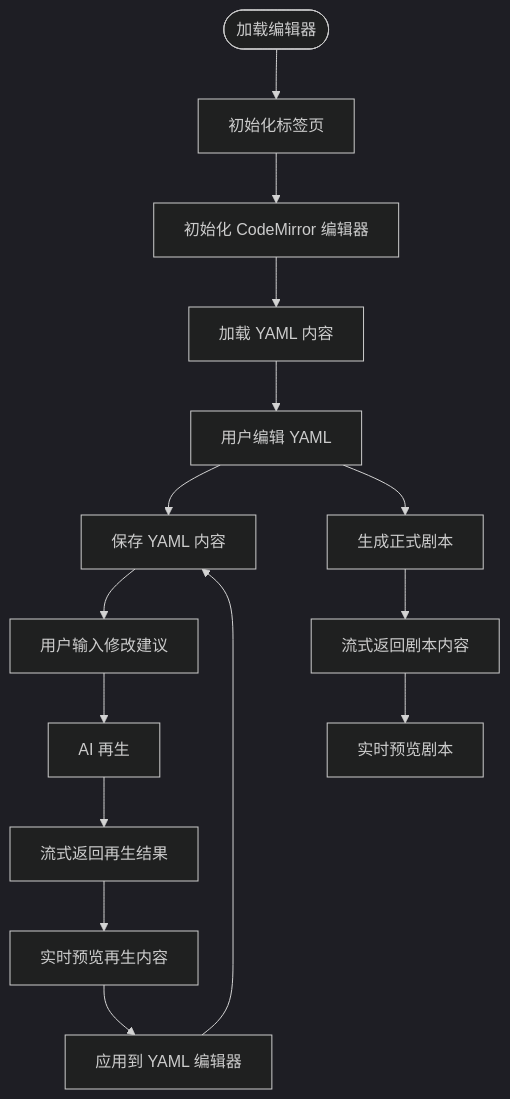
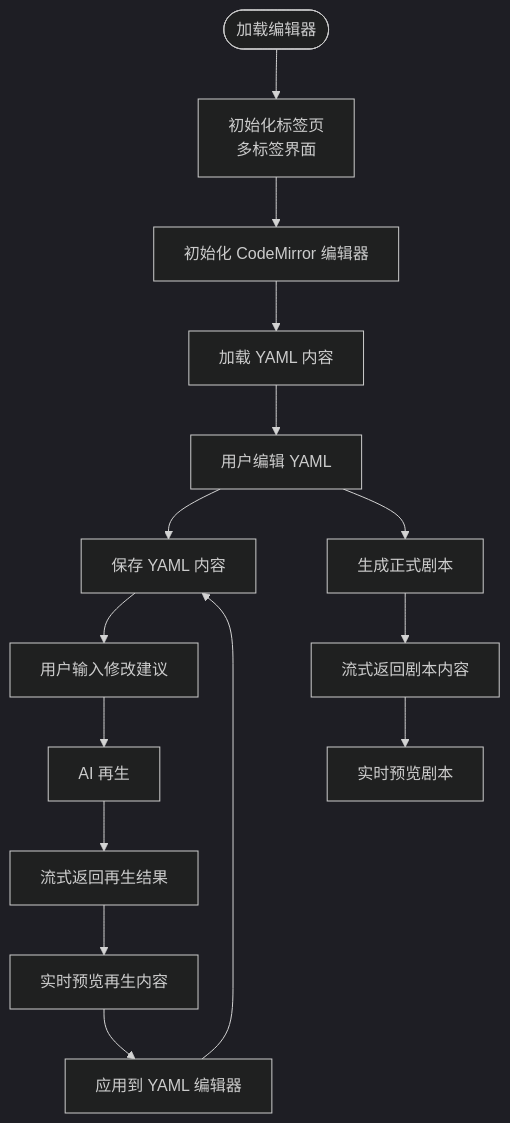
One commit to tjujingzong/Novel-to-Screenplay changed the eighth of 10 diagrams in .qoder/repowiki/zh/content/前端界面/前端界面.md. Above: the diagram before and after it, drawn with Mermaid (dark theme). The commit also changed other lines of this file and 6 other files, not shown here.

````diff
--- a/.qoder/repowiki/zh/content/前端界面/前端界面.md
+++ b/.qoder/repowiki/zh/content/前端界面/前端界面.md
@@ -437,17 +459,17 @@
 ```mermaid
 flowchart TD
-Start(["加载编辑器"]) --> InitTabs["初始化标签页"]
+Start(["加载编辑器"]) --> InitTabs["初始化标签页<br/>多标签界面"]
 InitTabs --> InitCodeMirror["初始化 CodeMirror 编辑器"]
 InitCodeMirror --> LoadYAML["加载 YAML 内容"]
 LoadYAML --> UserEdit["用户编辑 YAML"]
 UserEdit --> SaveYAML["保存 YAML 内容"]
 SaveYAML --> UserSuggestions["用户输入修改建议"]
 UserSuggestions --> Regenerate["AI 再生"]
 Regenerate --> StreamRegen["流式返回再生结果"]
 StreamRegen --> PreviewRegen["实时预览再生内容"]
 PreviewRegen --> ApplyRegen["应用到 YAML 编辑器"]
 ApplyRegen --> SaveYAML
 UserEdit --> GenerateScreenplay["生成正式剧本"]
 GenerateScreenplay --> StreamScreenplay["流式返回剧本内容"]
 StreamScreenplay --> PreviewScreenplay["实时预览剧本"]
 ```
````
